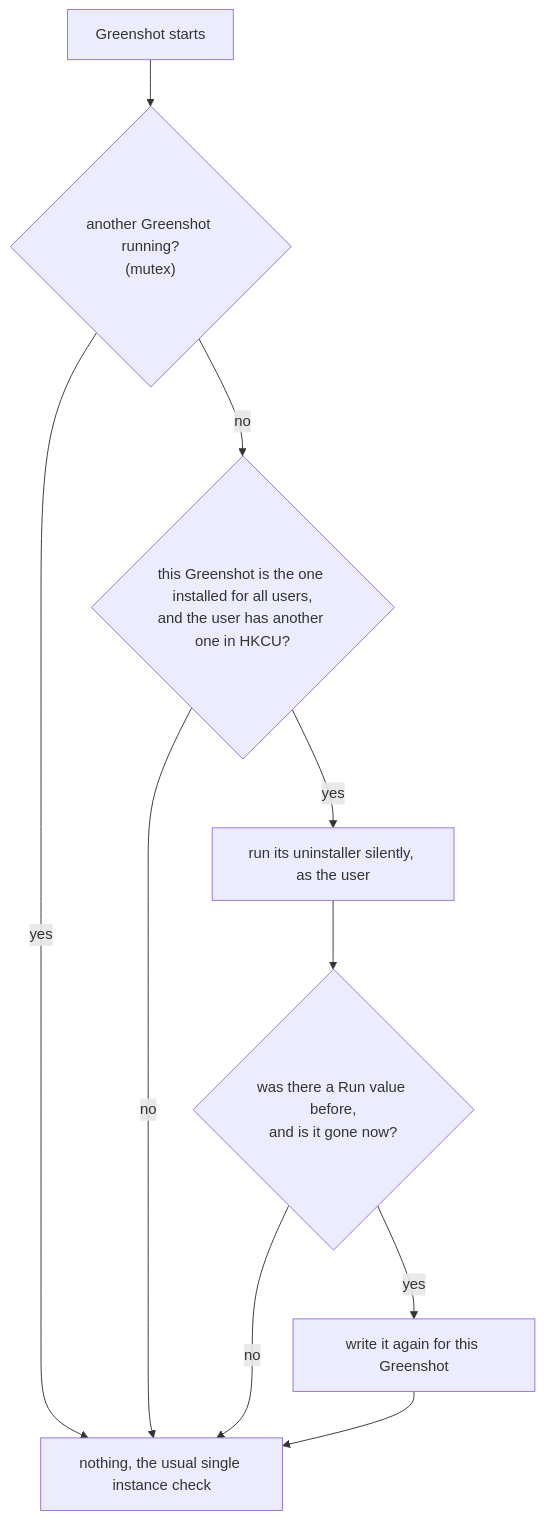
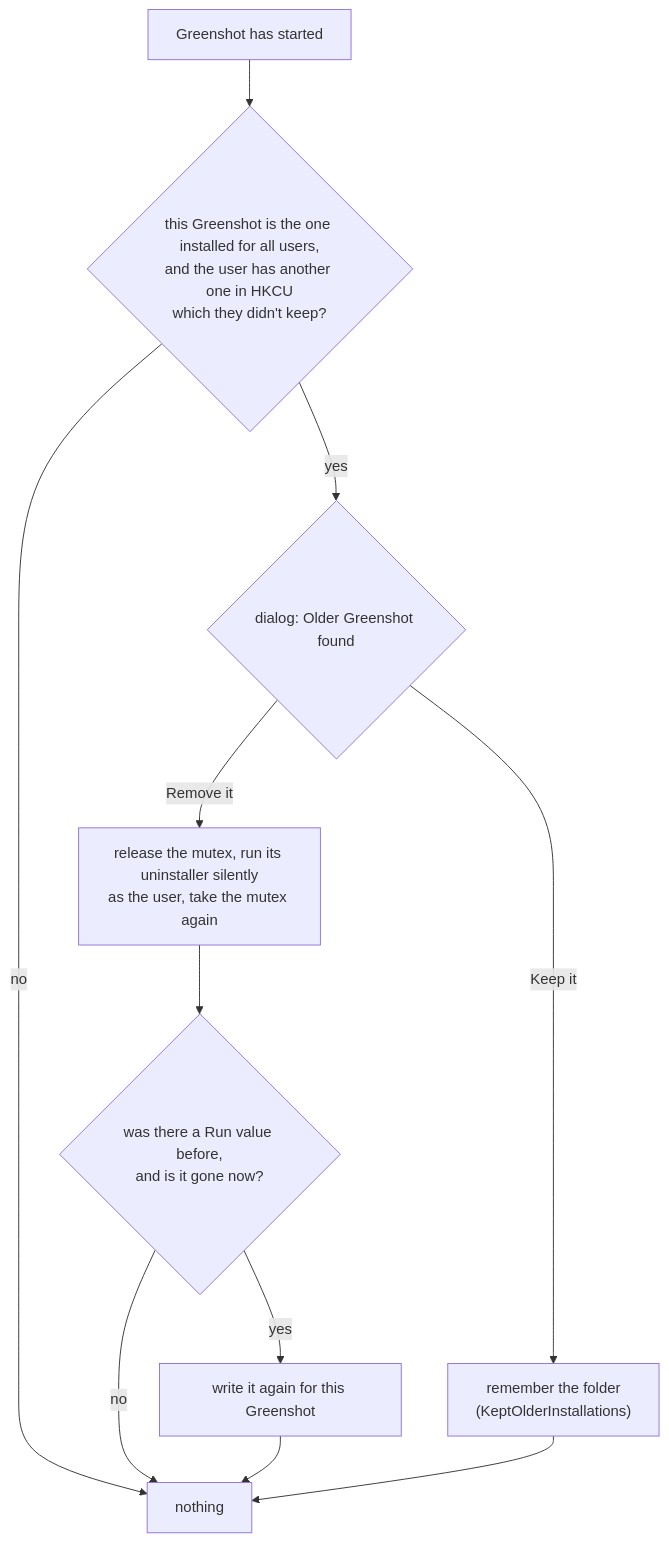
The third of 6 diagrams in docs/autostart.md (greenshot/greenshot), drawn with Mermaid before and after one commit. The commit also changed other lines of this file and 9 other files, not shown here.

First line of the commit message:
Ask before removing the older per-user Greenshot

````diff
--- a/docs/autostart.md
+++ b/docs/autostart.md
@@ -140,12 +146,13 @@
 ```mermaid
 flowchart TD
-    A[Greenshot starts] --> B{"another Greenshot running?<br/>(mutex)"}
-    B -- yes --> Z[nothing, the usual single instance check]
-    B -- no --> C{"this Greenshot is the one installed for all users,<br/>and the user has another one in HKCU?"}
-    C -- no --> Z
-    C -- yes --> D["run its uninstaller silently, as the user"]
+    A[Greenshot has started] --> C{"this Greenshot is the one installed for all users,<br/>and the user has another one in HKCU<br/>which they didn't keep?"}
+    C -- no --> Z[nothing]
+    C -- yes --> Q{"dialog: Older Greenshot found"}
+    Q -- "Keep it" --> K["remember the folder<br/>(KeptOlderInstallations)"]
+    Q -- "Remove it" --> D["release the mutex, run its uninstaller silently<br/>as the user, take the mutex again"]
     D --> E{"was there a Run value before,<br/>and is it gone now?"}
     E -- yes --> F["write it again for this Greenshot"]
     E -- no --> Z
     F --> Z
+    K --> Z
 ```
````
